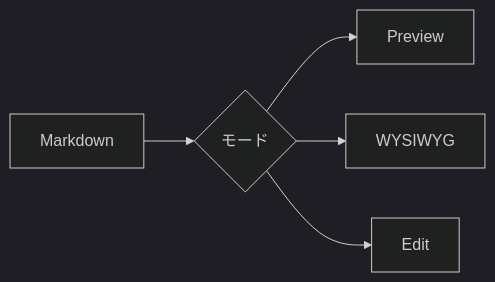
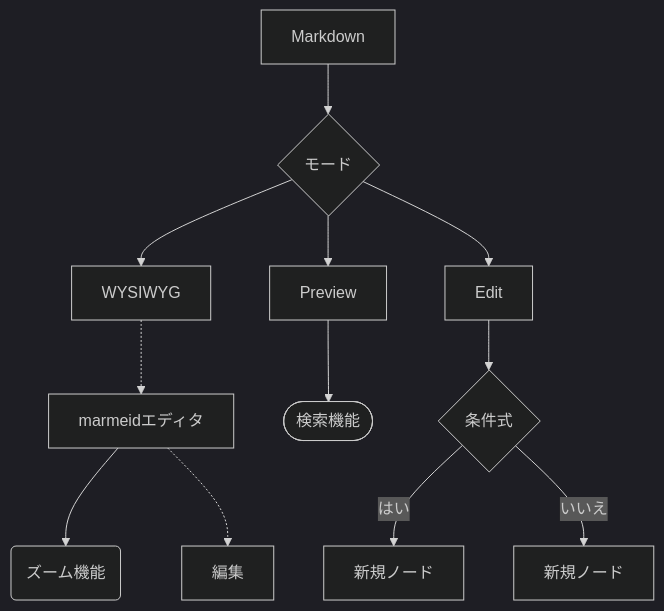
The second of 3 diagrams in docs/spec.md (snowhiro/markdown_editor), drawn with Mermaid (dark theme) before and after one commit. The commit also changed other lines of this file and 12 other files, not shown here.

Commit message:
シーケンス図等を処理できるように修正

````diff
--- a/docs/spec.md
+++ b/docs/spec.md
@@ -137,7 +161,26 @@
   ```mermaid
-  flowchart LR
-      A[Markdown] --> B{モード}
-      B --> C[Preview]
-      B --> D[WYSIWYG]
-      B --> E[Edit]
+  flowchart TB
+      A["Markdown"]
+      B{"モード"}
+      C["Preview"]
+      D["WYSIWYG"]
+      E["Edit"]
+      n1["marmeidエディタ"]
+      n2("ズーム機能")
+      n3["編集"]
+      n4(["検索機能"])
+      n5{"条件式"}
+      n6["新規ノード"]
+      n7["新規ノード"]
+      A --> B
+      B --> C
+      B --> D
+      B --> E
+      D -.-> n1
+      n1 --> n2
+      n1 -.-> n3
+      C --> n4
+      E --> n5
+      n5 -->|"はい"| n6
+      n5 -->|"いいえ"| n7
   ```
````
